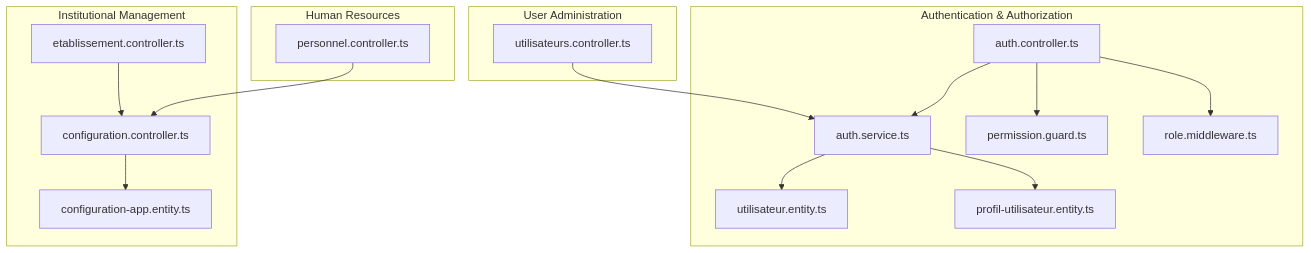
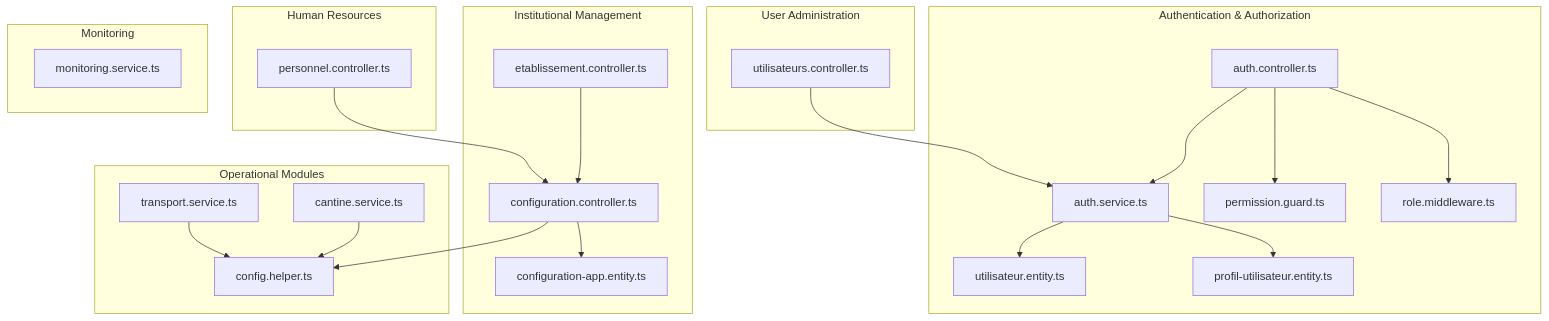
The first of 11 diagrams in .qoder/repowiki/en/content/Modules & Features/Administrative Modules/Administrative Modules.md (franckylab/eLISAschool), drawn with Mermaid before and after one commit. The commit also changed other lines of this file and 155 other files, not shown here.

````diff
--- a/.qoder/repowiki/en/content/Modules & Features/Administrative Modules/Administrative Modules.md
+++ b/.qoder/repowiki/en/content/Modules & Features/Administrative Modules/Administrative Modules.md
@@ -41,31 +54,42 @@
 ```mermaid
 graph TB
 subgraph "Authentication & Authorization"
 AC["auth.controller.ts"]
 AS["auth.service.ts"]
 PG["permission.guard.ts"]
 RM["role.middleware.ts"]
 UE["utilisateur.entity.ts"]
 PE["profil-utilisateur.entity.ts"]
 end
 subgraph "Institutional Management"
 EC["etablissement.controller.ts"]
 CC["configuration.controller.ts"]
 CA["configuration-app.entity.ts"]
 end
 subgraph "Human Resources"
 PC["personnel.controller.ts"]
 end
 subgraph "User Administration"
 UC["utilisateurs.controller.ts"]
 end
+subgraph "Operational Modules"
+CS["cantine.service.ts"]
+TS["transport.service.ts"]
+CH["config.helper.ts"]
+end
+subgraph "Monitoring"
+MS["monitoring.service.ts"]
+end
 AC --> AS
 AS --> UE
 AS --> PE
 AC --> PG
 AC --> RM
 CC --> CA
+CC --> CH
 EC --> CC
 PC --> CC
 UC --> AS
+CS --> CH
+TS --> CH
 ```
````
